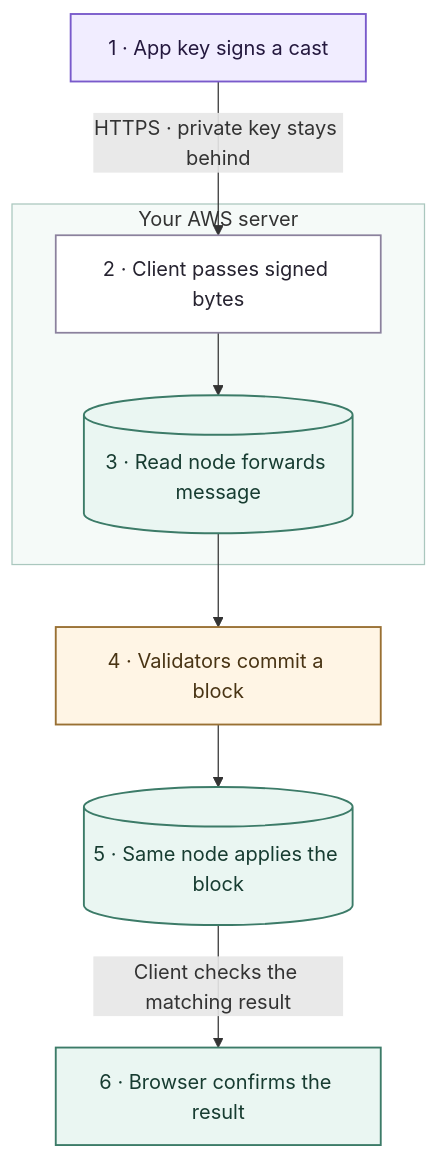
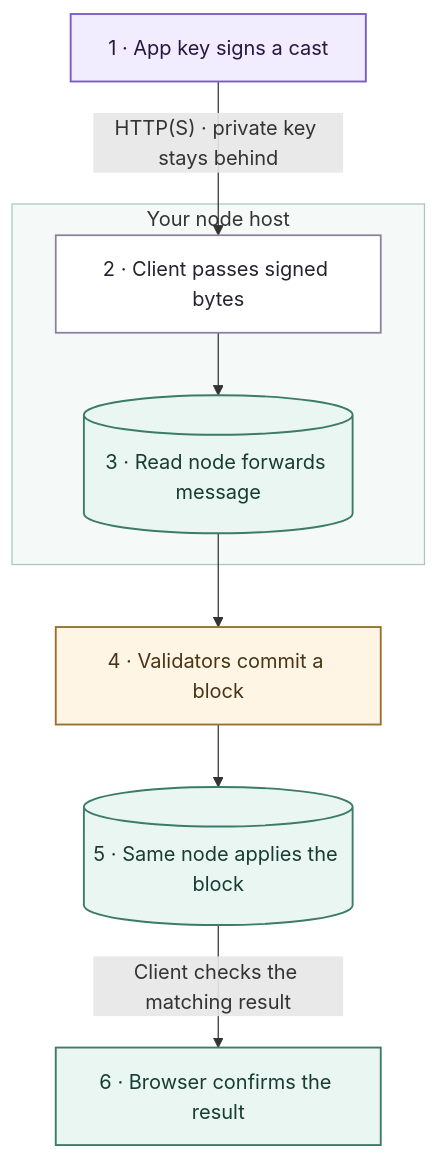
One commit to vrajdesai78/farcaster-bounty changed the diagram in site/diagrams/write-mobile.mmd. Above: the diagram before and after it, drawn with Mermaid. The commit also changed 25 other files, not shown here.

```diff
--- a/site/diagrams/write-mobile.mmd
+++ b/site/diagrams/write-mobile.mmd
@@ -1,22 +1,22 @@
 flowchart TB
 accTitle: Publishing and confirming a cast
 accDescr: An app key signs a cast in the browser. The client service forwards signed bytes to the read node. Validators commit the message, the node applies its block, and the browser confirms the result.
 browser["1 · App key signs a cast"]:::device
-subgraph S["Your AWS server"]
+subgraph S["Your node host"]
  client["2 · Client passes signed bytes"]:::service
  node[("3 · Read node forwards message")]:::data
 end
 validators["4 · Validators commit a block"]:::network
 applied[("5 · Same node applies the block")]:::data
 confirmed["6 · Browser confirms the result"]:::done
-browser -->|"HTTPS · private key stays behind"| client
+browser -->|"HTTP(S) · private key stays behind"| client
 client --> node
 node --> validators
 validators --> applied
 applied -->|"Client checks the matching result"| confirmed
 style S fill:#f5faf8,stroke:#aac7be
 classDef device fill:#f1edff,stroke:#795acb,color:#24183e,stroke-width:1.5px
 classDef service fill:#ffffff,stroke:#8b819d,color:#262330,stroke-width:1.4px
 classDef data fill:#eaf6f2,stroke:#3c7b68,color:#173c31,stroke-width:1.5px
 classDef network fill:#fff5e5,stroke:#997033,color:#493414,stroke-width:1.5px
 classDef done fill:#eaf6f2,stroke:#3c7b68,color:#173c31,stroke-width:1.5px
```
